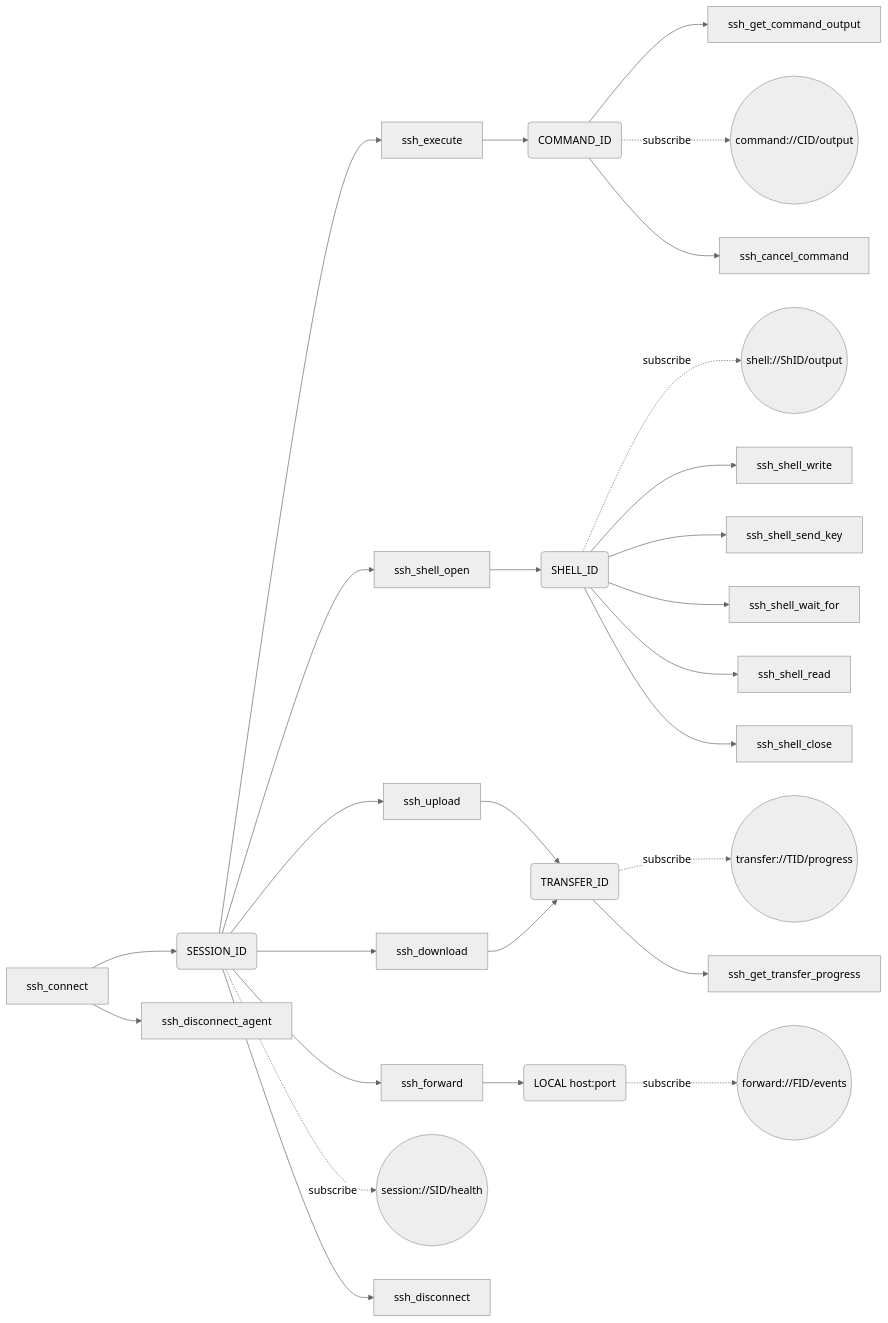
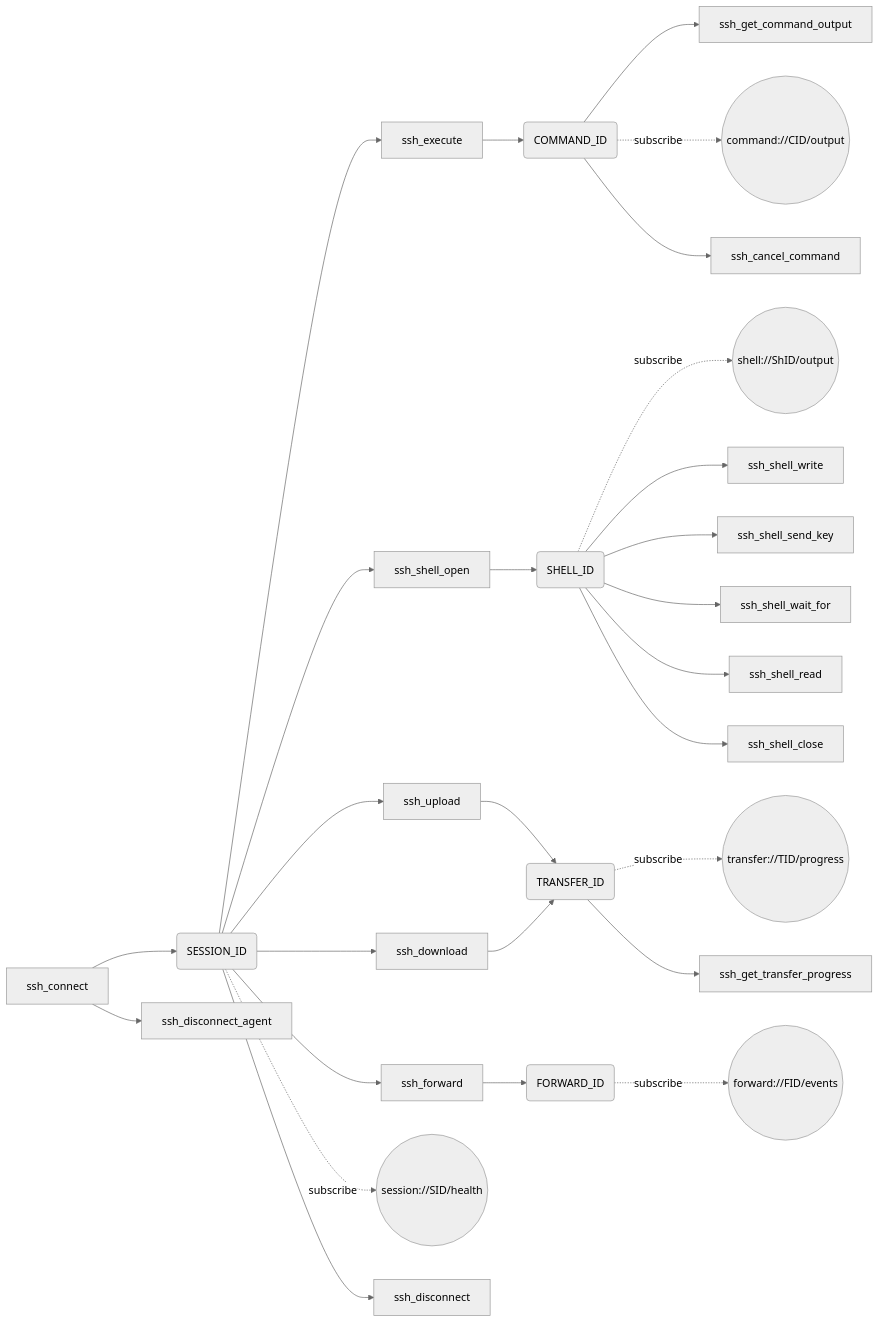
The second of 2 diagrams in docs/LLM_GUIDE.md (farchanjo/ssh-mcp), drawn with Mermaid (neutral theme) before and after one commit. The commit also changed other lines of this file and 6 other files, not shown here.

First line of the commit message:
docs(v4.5): sync LLM_GUIDE/API/ERRORS/RESOURCES/FLOWS to v4.5.0 surface

````diff
--- a/docs/LLM_GUIDE.md
+++ b/docs/LLM_GUIDE.md
@@ -111,36 +173,36 @@
 ```mermaid
 flowchart LR
     Connect[ssh_connect]
     SID(SESSION_ID)
     Connect --> SID
 
     SID --> Exec[ssh_execute]
     Exec --> CID(COMMAND_ID)
     CID --> CmdOut[ssh_get_command_output]
     CID -.subscribe.-> CmdRes((command://CID/output))
     CID --> Cancel[ssh_cancel_command]
 
     SID --> ShellOpen[ssh_shell_open]
     ShellOpen --> ShID(SHELL_ID)
     ShID -.subscribe.-> ShRes((shell://ShID/output))
     ShID --> ShWrite[ssh_shell_write]
     ShID --> ShKey[ssh_shell_send_key]
     ShID --> ShWait[ssh_shell_wait_for]
     ShID --> ShRead[ssh_shell_read]
     ShID --> ShClose[ssh_shell_close]
 
     SID --> Up[ssh_upload]
     SID --> Down[ssh_download]
     Up --> TID(TRANSFER_ID)
     Down --> TID
     TID -.subscribe.-> TRes((transfer://TID/progress))
     TID --> TPoll[ssh_get_transfer_progress]
 
     SID --> Fwd[ssh_forward]
-    Fwd --> FID(LOCAL host:port)
+    Fwd --> FID(FORWARD_ID)
     FID -.subscribe.-> FRes((forward://FID/events))
 
     SID -.subscribe.-> SRes((session://SID/health))
     SID --> Disc[ssh_disconnect]
     Connect --> Agent[ssh_disconnect_agent]
 ```
````
